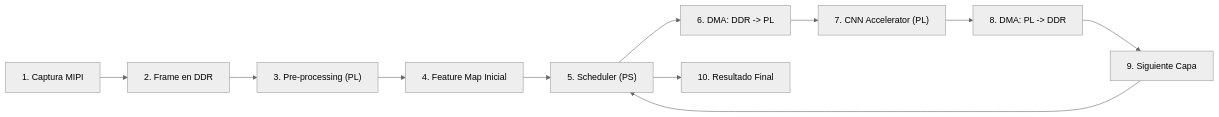
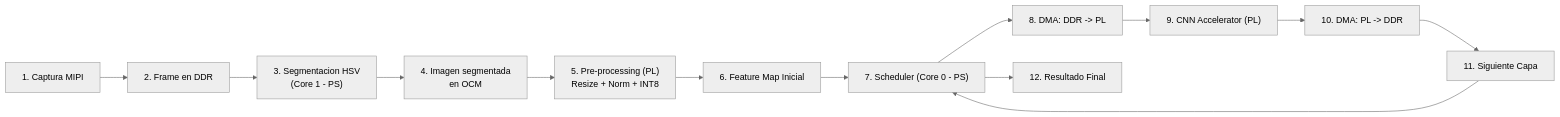
One commit to angel-obando-17/CNN-accelerator-on-SoC changed diagram 13 of 15 in Bitacora.md. Above: the diagram before and after it, drawn with Mermaid (neutral theme). The commit also changed other lines of this file and 28 other files, not shown here.

````diff
--- a/Bitacora.md
+++ b/Bitacora.md
@@ -695,26 +729,30 @@
 ```mermaid
 
 flowchart LR
 
     CAP["1. Captura MIPI"]
     DDRF["2. Frame en DDR"]
-    PRE["3. Pre-processing (PL)"]
-    FM0["4. Feature Map Inicial"]
-    SCH["5. Scheduler (PS)"]
-    DMA_IN["6. DMA: DDR -> PL"]
-    CNN["7. CNN Accelerator (PL)"]
-    DMA_OUT["8. DMA: PL -> DDR"]
-    NEXT["9. Siguiente Capa"]
-    RES["10. Resultado Final"]
+    SEG["3. Segmentacion HSV<br/>(Core 1 - PS)"]
+    OCM["4. Imagen segmentada<br/>en OCM"]
+    PRE["5. Pre-processing (PL)<br/>Resize + Norm + INT8"]
+    FM0["6. Feature Map Inicial"]
+    SCH["7. Scheduler (Core 0 - PS)"]
+    DMA_IN["8. DMA: DDR -> PL"]
+    CNN["9. CNN Accelerator (PL)"]
+    DMA_OUT["10. DMA: PL -> DDR"]
+    NEXT["11. Siguiente Capa"]
+    RES["12. Resultado Final"]
 
     CAP --> DDRF
-    DDRF --> PRE
+    DDRF --> SEG
+    SEG --> OCM
+    OCM --> PRE
     PRE --> FM0
     FM0 --> SCH
     SCH --> DMA_IN
     DMA_IN --> CNN
     CNN --> DMA_OUT
     DMA_OUT --> NEXT
     NEXT --> SCH
     SCH --> RES
 ```
````
